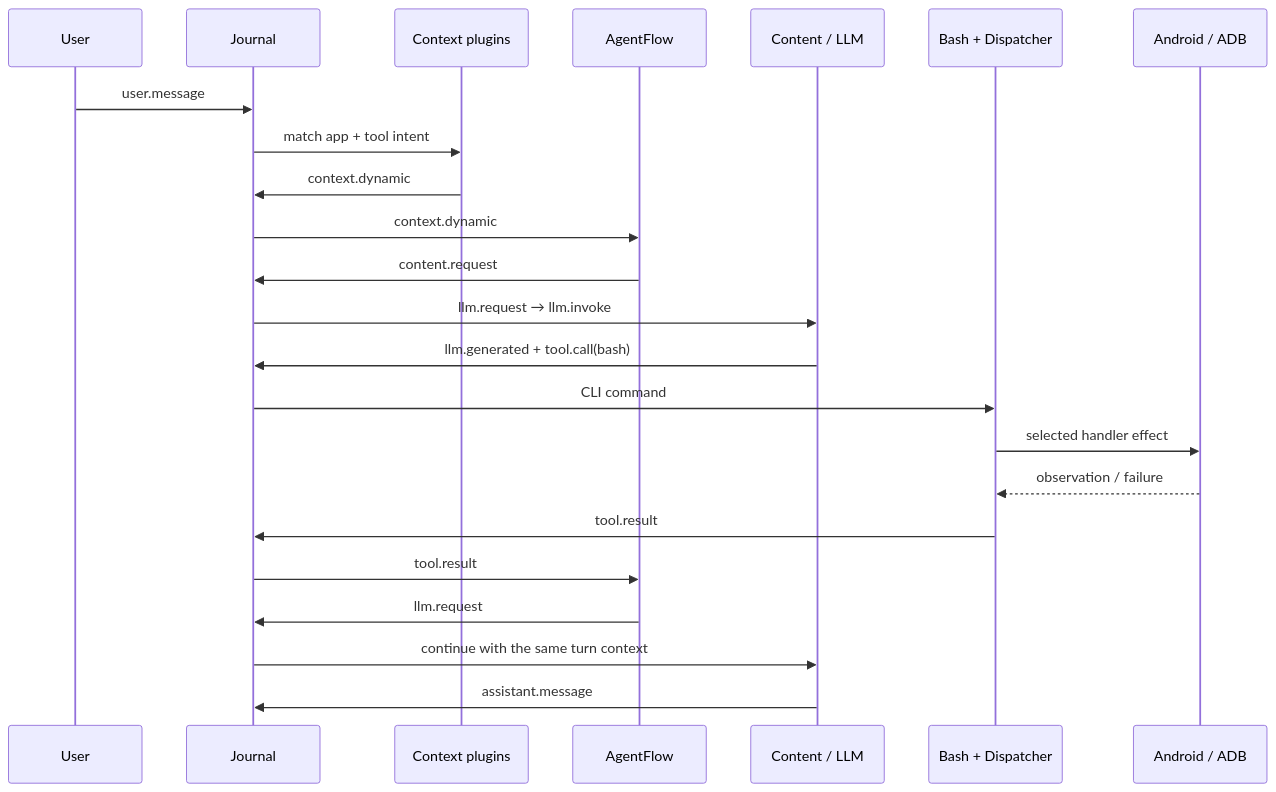
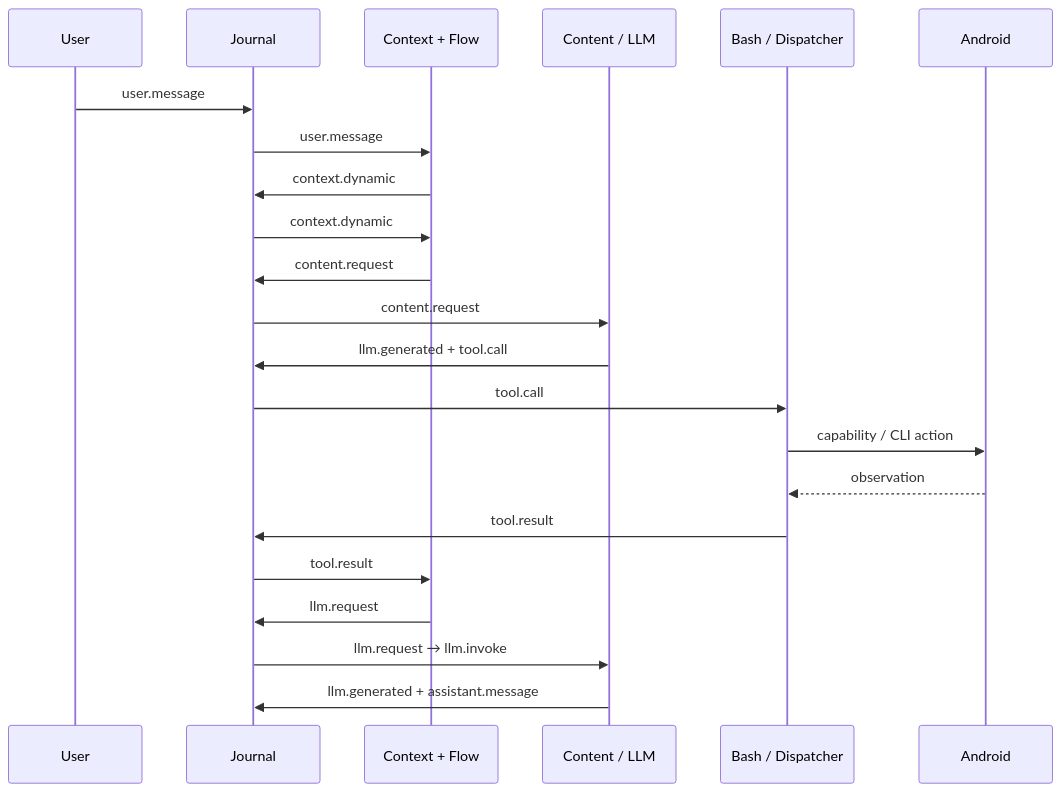
Before and after one commit to liz-public/knot-agent: the third of 4 diagrams in README.en.md, drawn with Mermaid. The commit also changed other lines of this file and 7 other files, not shown here.

````diff
--- a/README.en.md
+++ b/README.en.md
@@ -141,26 +148,24 @@
 ```mermaid
 sequenceDiagram
   participant U as User
   participant J as Journal
-  participant C as Context plugins
-  participant F as AgentFlow
+  participant C as Context + Flow
   participant L as Content / LLM
-  participant B as Bash + Dispatcher
-  participant A as Android / ADB
-
+  participant T as Bash / Dispatcher
+  participant A as Android
   U->>J: user.message
-  J->>C: match app + tool intent
+  J->>C: user.message
   C->>J: context.dynamic
-  J->>F: context.dynamic
-  F->>J: content.request
+  J->>C: context.dynamic
+  C->>J: content.request
+  J->>L: content.request
+  L->>J: llm.generated + tool.call
+  J->>T: tool.call
+  T->>A: capability / CLI action
+  A-->>T: observation
+  T->>J: tool.result
+  J->>C: tool.result
+  C->>J: llm.request
   J->>L: llm.request → llm.invoke
-  L->>J: llm.generated + tool.call(bash)
-  J->>B: CLI command
-  B->>A: selected handler effect
-  A-->>B: observation / failure
-  B->>J: tool.result
-  J->>F: tool.result
-  F->>J: llm.request
-  J->>L: continue with the same turn context
-  L->>J: assistant.message
+  L->>J: llm.generated + assistant.message
 ```
````
